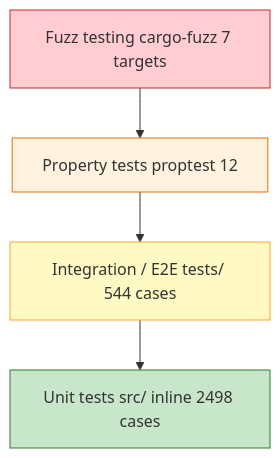
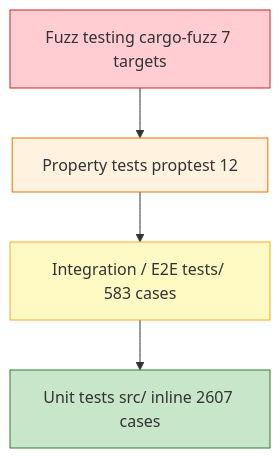
One commit to Kirky-X/calnexus changed the diagram in docs/en/TEST_SCENARIOS.md. Above: the diagram before and after it, drawn with Mermaid. The commit also changed other lines of this file and 9 other files, not shown here.

````diff
--- a/docs/en/TEST_SCENARIOS.md
+++ b/docs/en/TEST_SCENARIOS.md
@@ -79,11 +83,11 @@
 ```mermaid
 graph TD
     A[Fuzz testing cargo-fuzz 7 targets] --> B[Property tests proptest 12]
-    B --> C[Integration / E2E tests/ 544 cases]
-    C --> D[Unit tests src/ inline 2498 cases]
+    B --> C[Integration / E2E tests/ 583 cases]
+    C --> D[Unit tests src/ inline 2607 cases]
 
     style A fill:#ffcdd2,stroke:#c62828
     style B fill:#fff3e0,stroke:#ef6c00
     style C fill:#fff9c4,stroke:#f9a825
     style D fill:#c8e6c9,stroke:#2e7d32
 ```
````
